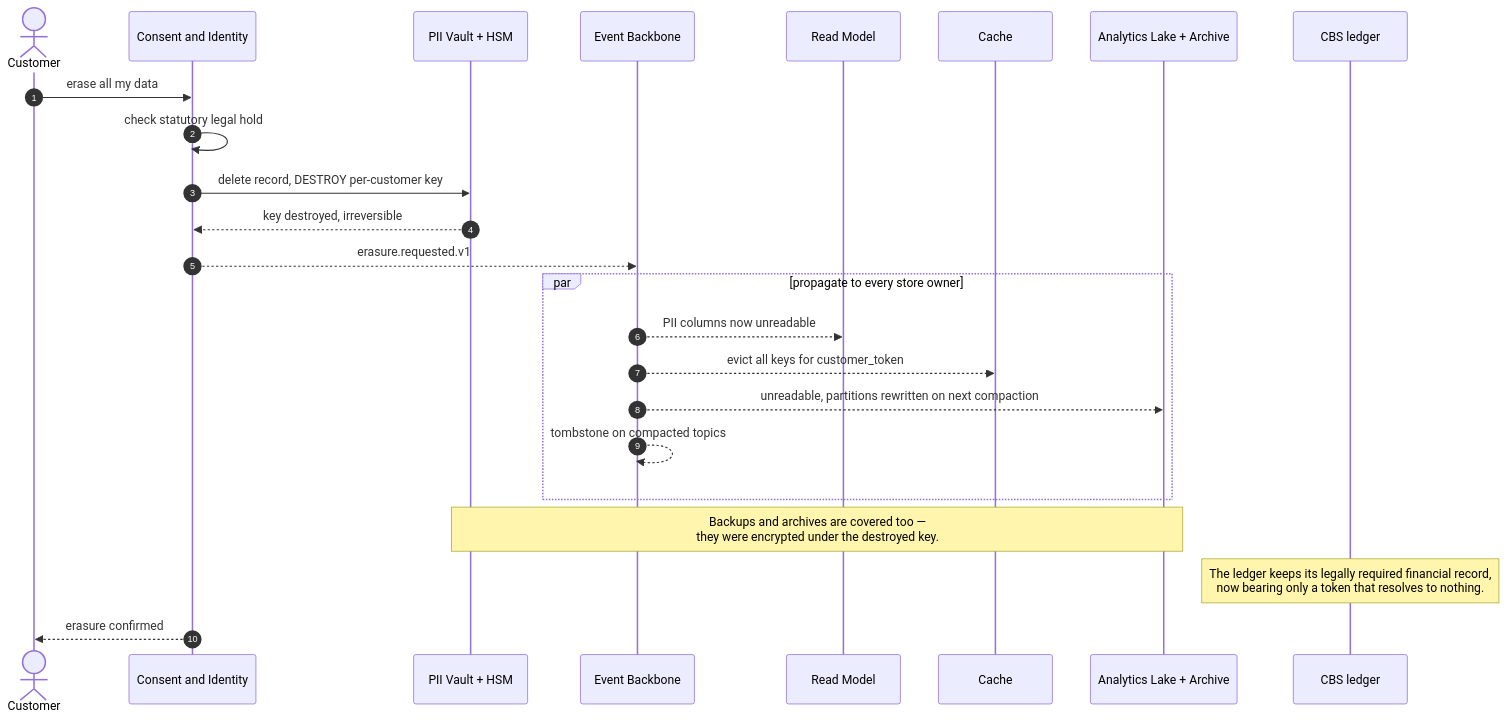
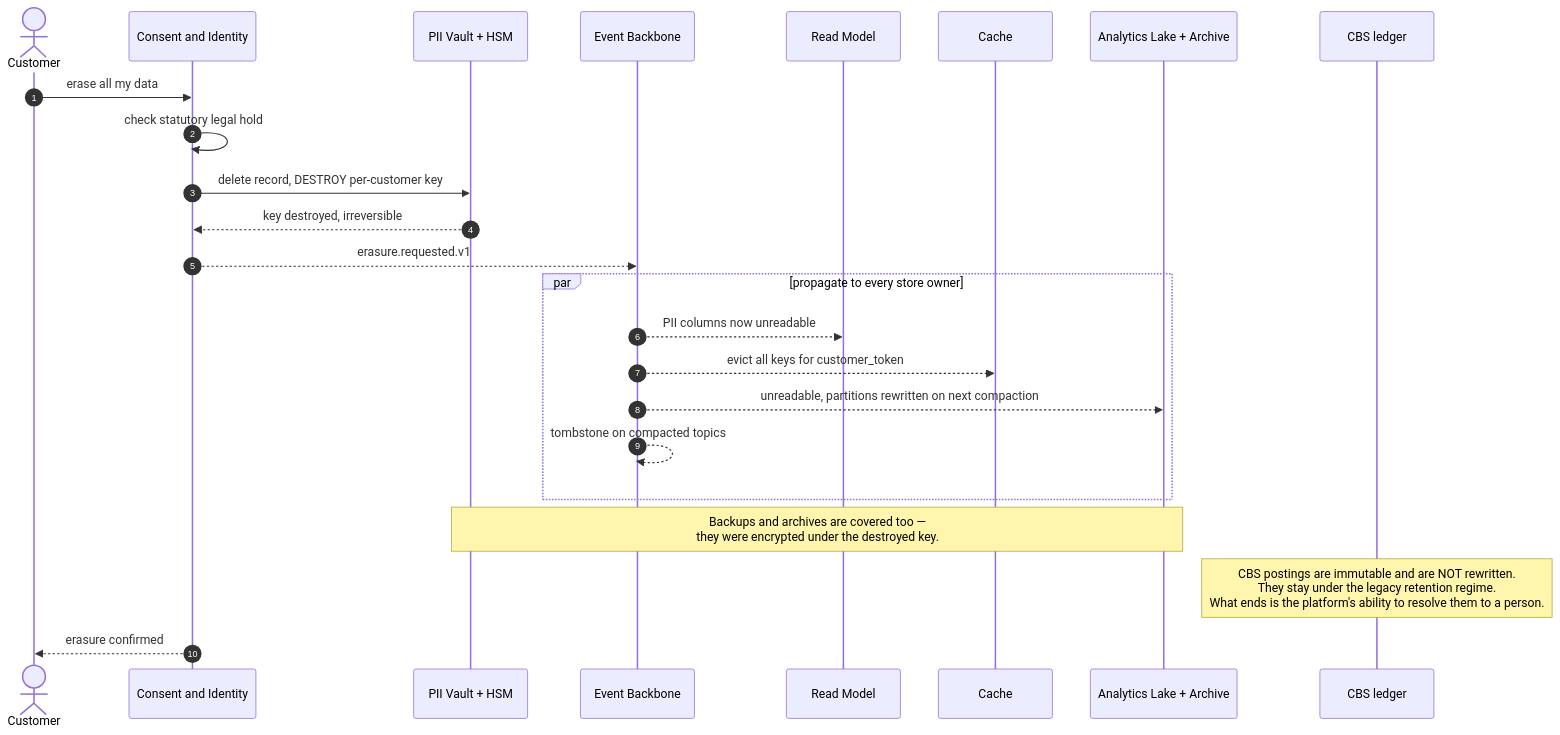
One commit to sunnydubey1111/neobank-digital-leap changed diagram 13 of 15 in docs/solution/diagrams.md. Above: the diagram before and after it, drawn with Mermaid. The commit also changed other lines of this file and 2 other files, not shown here.

````diff
--- a/docs/solution/diagrams.md
+++ b/docs/solution/diagrams.md
@@ -614,27 +618,27 @@
 ```mermaid
 sequenceDiagram
     autonumber
     actor C as Customer
     participant CO as Consent and Identity
     participant V as PII Vault + HSM
     participant B as Event Backbone
     participant RM as Read Model
     participant $ as Cache
     participant L as Analytics Lake + Archive
     participant CBS as CBS ledger
 
     C->>CO: erase all my data
     CO->>CO: check statutory legal hold
     CO->>V: delete record, DESTROY per-customer key
     V-->>CO: key destroyed, irreversible
     CO-->>B: erasure.requested.v1
     par propagate to every store owner
         B-->>RM: PII columns now unreadable
         B-->>$: evict all keys for customer_token
         B-->>L: unreadable, partitions rewritten on next compaction
         B-->>B: tombstone on compacted topics
     end
     Note over V,L: Backups and archives are covered too —<br/>they were encrypted under the destroyed key.
-    Note over CBS: The ledger keeps its legally required financial record,<br/>now bearing only a token that resolves to nothing.
+    Note over CBS: CBS postings are immutable and are NOT rewritten.<br/>They stay under the legacy retention regime.<br/>What ends is the platform's ability to resolve them to a person.
     CO-->>C: erasure confirmed
 ```
````
